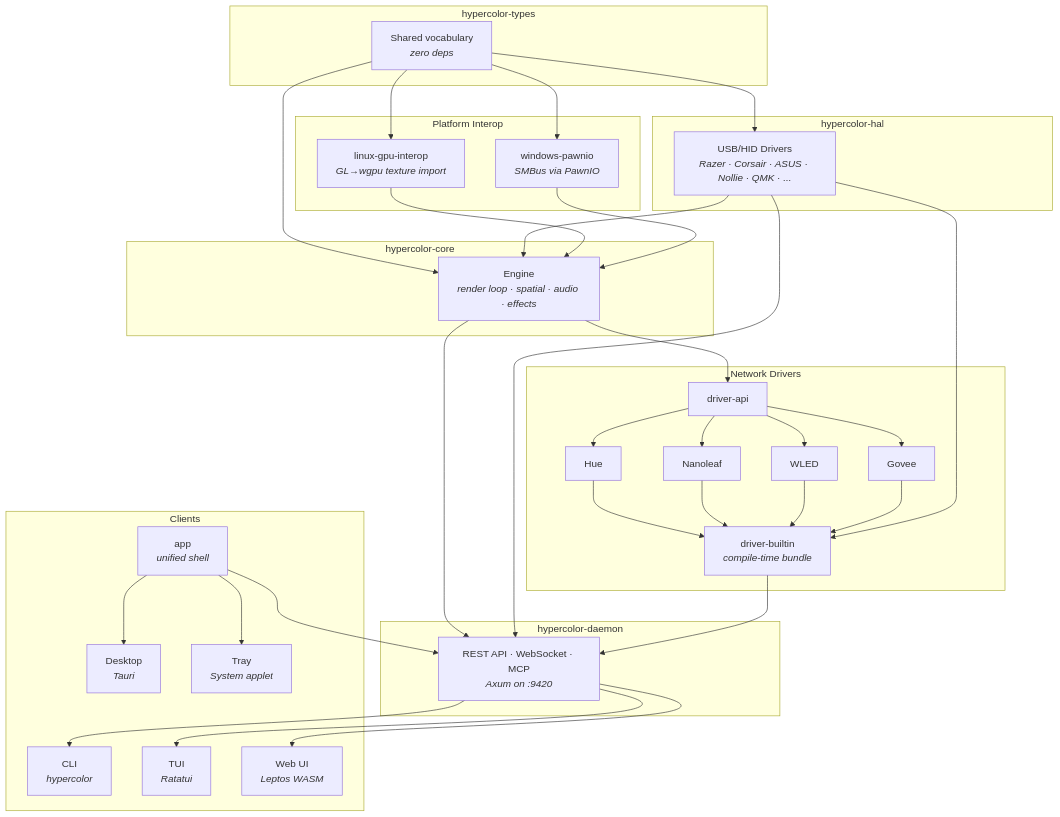
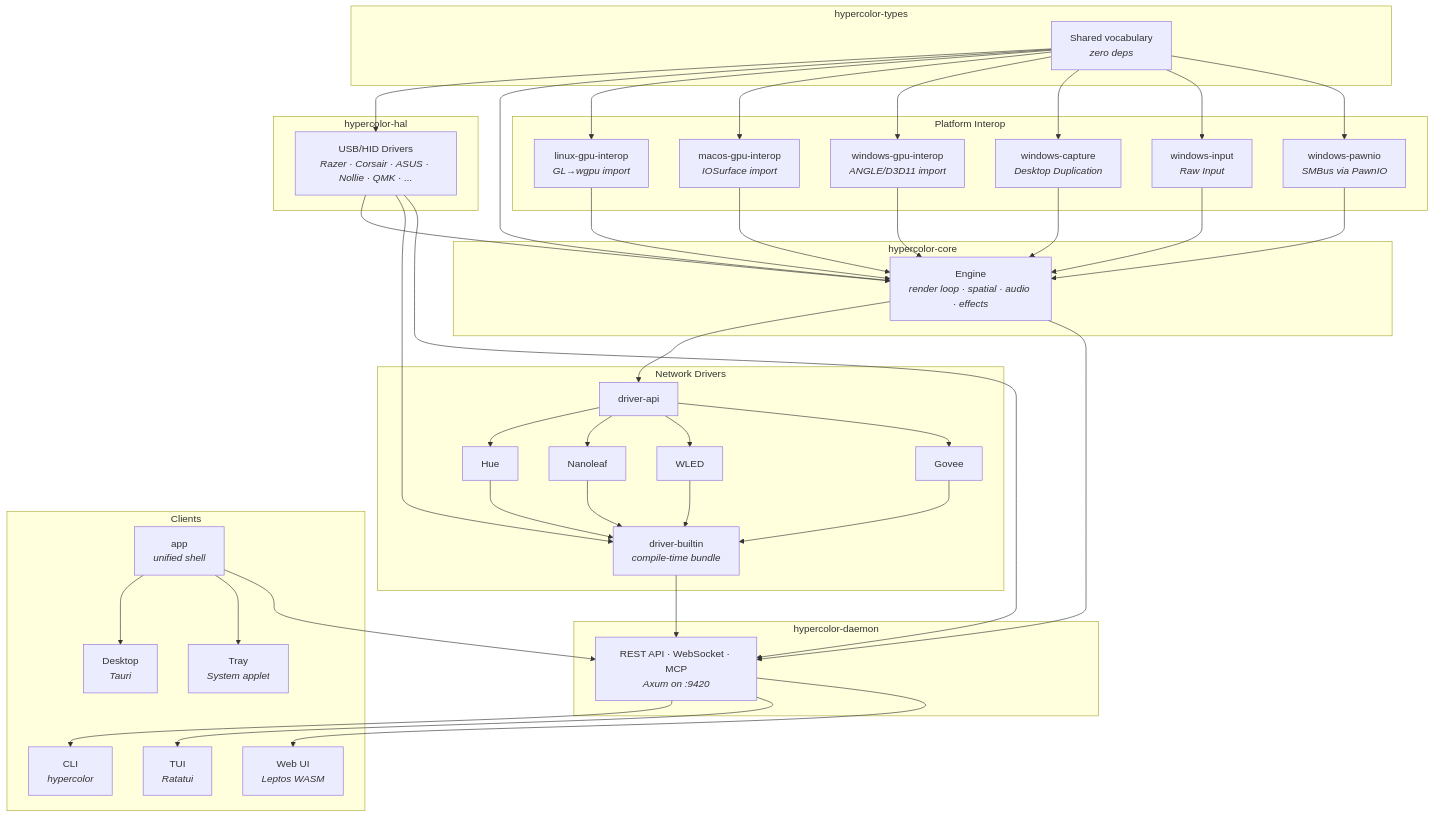
The second of 2 diagrams in README.md (hyperb1iss/hypercolor), drawn with Mermaid before and after one commit. The commit also changed other lines of this file and 5 other files, not shown here.

````diff
--- a/README.md
+++ b/README.md
@@ -370,51 +423,55 @@
 ```mermaid
 graph TD
     subgraph types [hypercolor-types]
         T[Shared vocabulary<br><i>zero deps</i>]
     end
 
     subgraph hal [hypercolor-hal]
         H[USB/HID Drivers<br><i>Razer · Corsair · ASUS · Nollie · QMK · ...</i>]
     end
 
     subgraph platform [Platform Interop]
-        LGI[linux-gpu-interop<br><i>GL→wgpu texture import</i>]
+        LGI[linux-gpu-interop<br><i>GL→wgpu import</i>]
+        MGI[macos-gpu-interop<br><i>IOSurface import</i>]
+        WGI[windows-gpu-interop<br><i>ANGLE/D3D11 import</i>]
+        WCA[windows-capture<br><i>Desktop Duplication</i>]
+        WIN[windows-input<br><i>Raw Input</i>]
         WPI[windows-pawnio<br><i>SMBus via PawnIO</i>]
     end
 
     subgraph core [hypercolor-core]
         C[Engine<br><i>render loop · spatial · audio · effects</i>]
     end
 
     subgraph drivers [Network Drivers]
         API[driver-api]
         DB[driver-builtin<br><i>compile-time bundle</i>]
         API --> HUE[Hue]
         API --> NL[Nanoleaf]
         API --> WL[WLED]
         API --> GV[Govee]
         HUE & NL & WL & GV --> DB
     end
 
     subgraph daemon [hypercolor-daemon]
         D[REST API · WebSocket · MCP<br><i>Axum on :9420</i>]
     end
 
     subgraph clients [Clients]
         CLI[CLI<br><i>hypercolor</i>]
         TUI[TUI<br><i>Ratatui</i>]
         UI[Web UI<br><i>Leptos WASM</i>]
         DT[Desktop<br><i>Tauri</i>]
         TR[Tray<br><i>System applet</i>]
         APP[app<br><i>unified shell</i>]
     end
 
-    T --> H & C & LGI & WPI
+    T --> H & C & LGI & MGI & WGI & WCA & WIN & WPI
     H --> C
-    LGI & WPI --> C
+    LGI & MGI & WGI & WCA & WIN & WPI --> C
     C --> API
     H --> DB
     C & H & DB --> D
     D --> CLI & TUI & UI
     APP --> DT & TR & D
 ```
````
